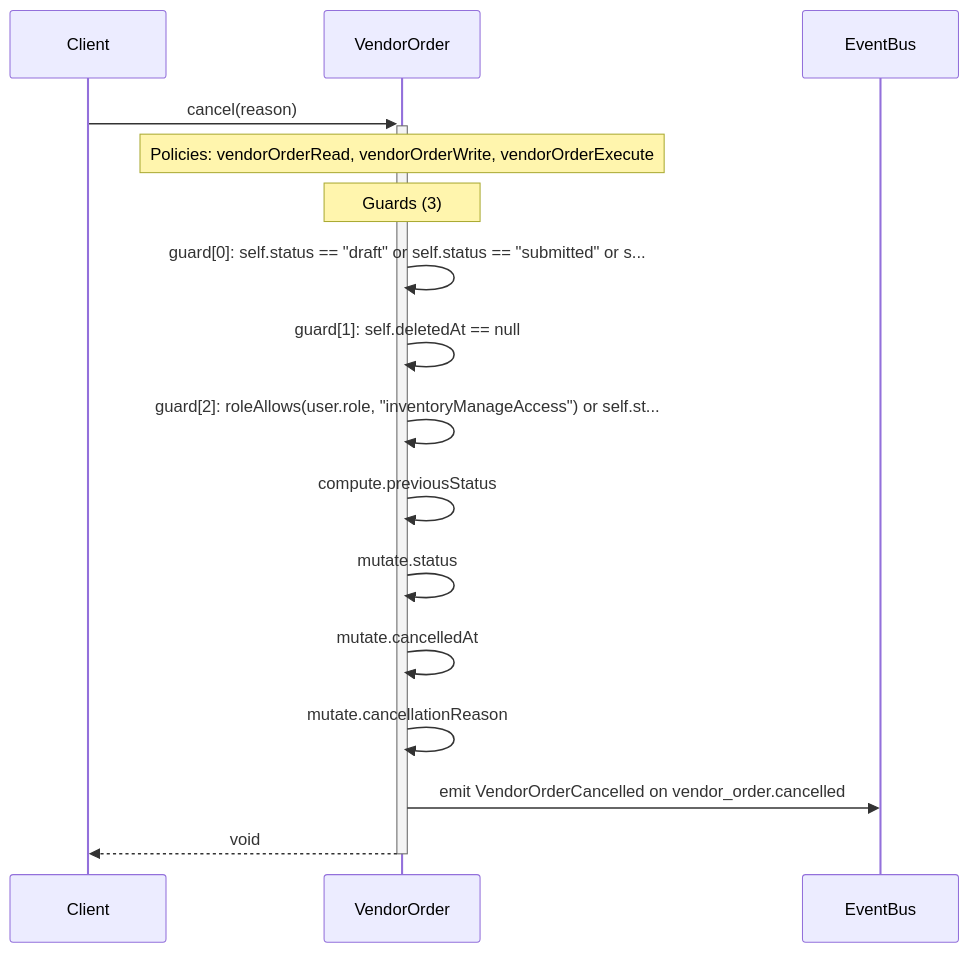
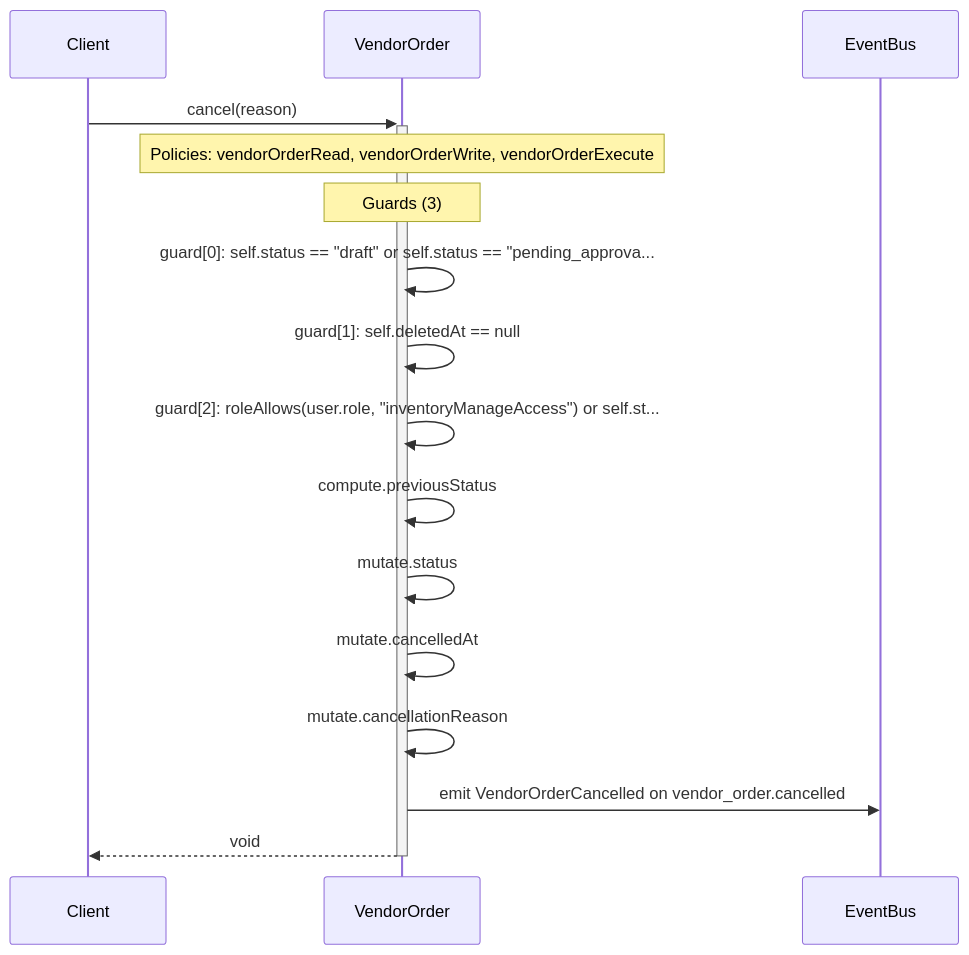
The diagram in diagrams/sequence-VendorOrder-cancel.mmd (Angriff36/capsule), drawn with Mermaid before and after one commit. The commit also changed 690 other files, not shown here.

```diff
--- a/diagrams/sequence-VendorOrder-cancel.mmd
+++ b/diagrams/sequence-VendorOrder-cancel.mmd
@@ -1,16 +1,16 @@
 sequenceDiagram
     participant Client
     participant VendorOrder as VendorOrder
     participant EventBus
     Client->>+VendorOrder: cancel(reason)
     Note over VendorOrder: Policies: vendorOrderRead, vendorOrderWrite, vendorOrderExecute
     Note over VendorOrder: Guards (3)
-    VendorOrder->>VendorOrder: guard[0]: self.status == #quot;draft#quot; or self.status == #quot;submitted#quot; or s...
+    VendorOrder->>VendorOrder: guard[0]: self.status == #quot;draft#quot; or self.status == #quot;pending_approva...
     VendorOrder->>VendorOrder: guard[1]: self.deletedAt == null
     VendorOrder->>VendorOrder: guard[2]: roleAllows(user.role, #quot;inventoryManageAccess#quot;) or self.st...
     VendorOrder->>VendorOrder: compute.previousStatus
     VendorOrder->>VendorOrder: mutate.status
     VendorOrder->>VendorOrder: mutate.cancelledAt
     VendorOrder->>VendorOrder: mutate.cancellationReason
     VendorOrder->>EventBus: emit VendorOrderCancelled on vendor_order.cancelled
     VendorOrder-->>-Client: void
```
